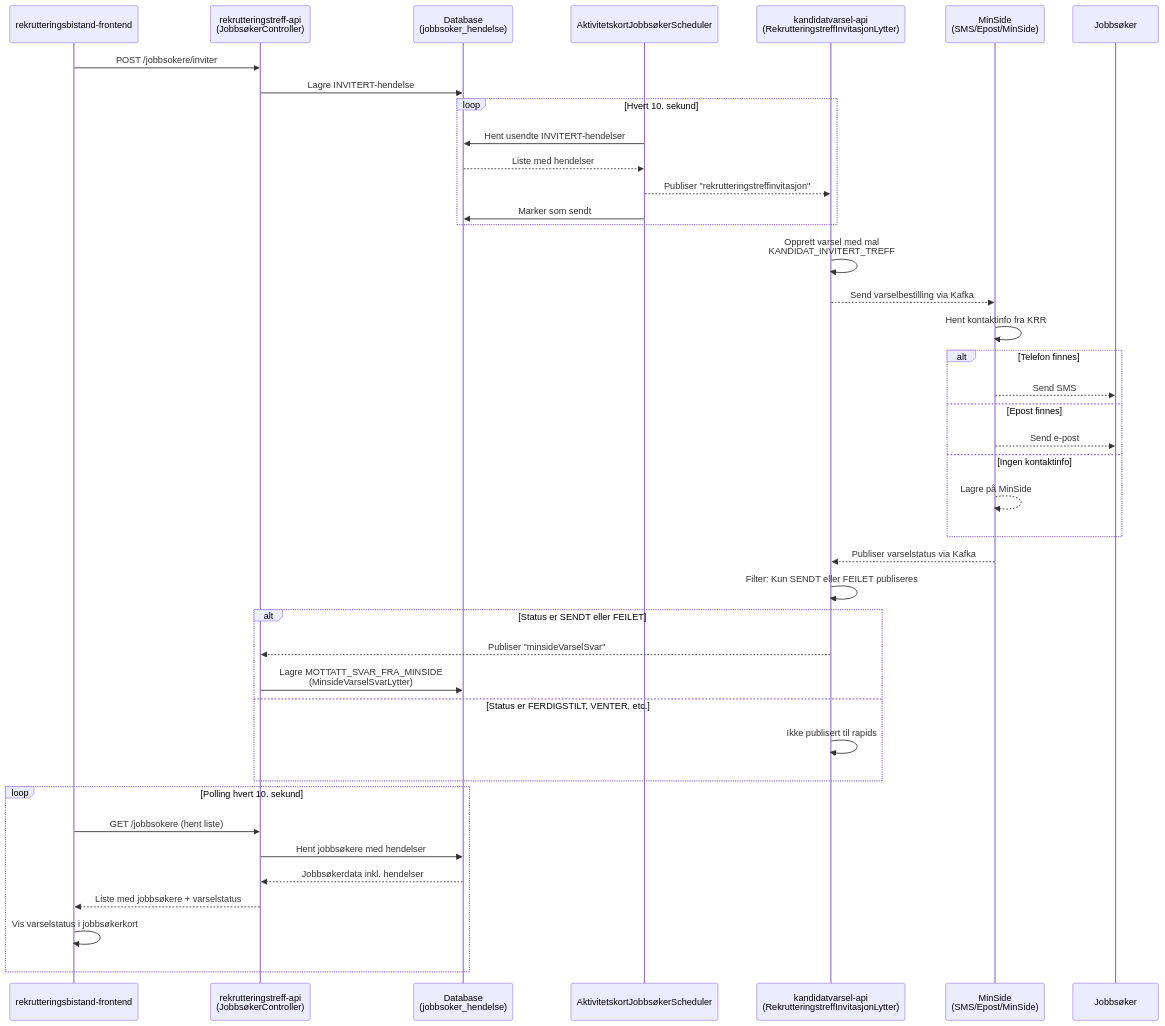
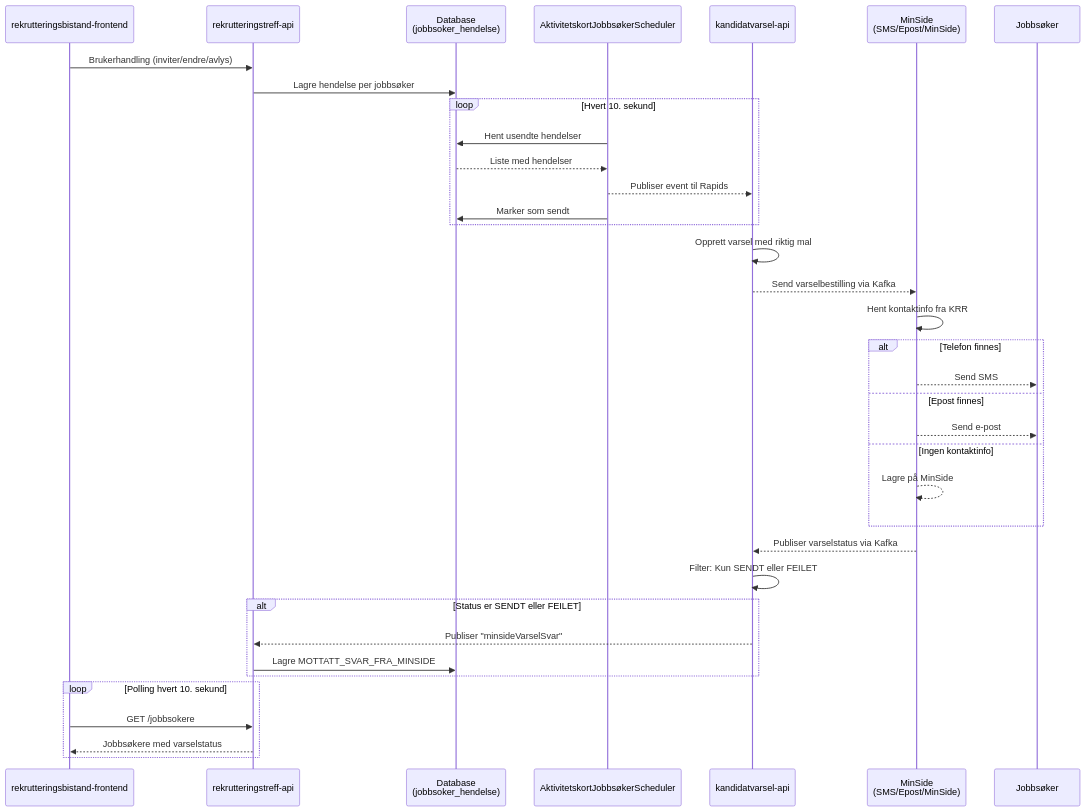
Before and after one commit to navikt/rekrutteringstreff-backend: the diagram in docs/4-integrasjoner/varsling.md, drawn with Mermaid. The commit also changed other lines of this file, not shown here.

````diff
--- a/docs/4-integrasjoner/varsling.md
+++ b/docs/4-integrasjoner/varsling.md
@@ -36,49 +19,44 @@
 ```mermaid
 sequenceDiagram
     participant FE as rekrutteringsbistand-frontend
-    participant API as rekrutteringstreff-api<br/>(JobbsøkerController)
+    participant API as rekrutteringstreff-api
     participant DB as Database<br/>(jobbsoker_hendelse)
     participant Scheduler as AktivitetskortJobbsøkerScheduler
-    participant KV as kandidatvarsel-api<br/>(RekrutteringstreffInvitasjonLytter)
+    participant KV as kandidatvarsel-api
     participant MS as MinSide<br/>(SMS/Epost/MinSide)
 
-    FE->>API: POST /jobbsokere/inviter
-    API->>DB: Lagre INVITERT-hendelse
+    FE->>API: Brukerhandling (inviter/endre/avlys)
+    API->>DB: Lagre hendelse per jobbsøker
 
     loop Hvert 10. sekund
-        Scheduler->>DB: Hent usendte INVITERT-hendelser
+        Scheduler->>DB: Hent usendte hendelser
         DB-->>Scheduler: Liste med hendelser
-        Scheduler-->>KV: Publiser "rekrutteringstreffinvitasjon"
+        Scheduler-->>KV: Publiser event til Rapids
         Scheduler->>DB: Marker som sendt
     end
 
-    KV->>KV: Opprett varsel med mal<br/>KANDIDAT_INVITERT_TREFF
+    KV->>KV: Opprett varsel med riktig mal
     KV-->>MS: Send varselbestilling via Kafka
 
     MS->>MS: Hent kontaktinfo fra KRR
     alt Telefon finnes
         MS-->>Jobbsøker: Send SMS
     else Epost finnes
         MS-->>Jobbsøker: Send e-post
     else Ingen kontaktinfo
         MS-->>MS: Lagre på MinSide
     end
 
     MS-->>KV: Publiser varselstatus via Kafka
-    KV->>KV: Filter: Kun SENDT eller FEILET publiseres
+    KV->>KV: Filter: Kun SENDT eller FEILET
 
     alt Status er SENDT eller FEILET
         KV-->>API: Publiser "minsideVarselSvar"
-        API->>DB: Lagre MOTTATT_SVAR_FRA_MINSIDE<br/>(MinsideVarselSvarLytter)
-    else Status er FERDIGSTILT, VENTER, etc.
-        KV->>KV: Ikke publisert til rapids
+        API->>DB: Lagre MOTTATT_SVAR_FRA_MINSIDE
     end
 
     loop Polling hvert 10. sekund
-        FE->>API: GET /jobbsokere (hent liste)
-        API->>DB: Hent jobbsøkere med hendelser
-        DB-->>API: Jobbsøkerdata inkl. hendelser
-        API-->>FE: Liste med jobbsøkere + varselstatus
-        FE->>FE: Vis varselstatus i jobbsøkerkort
+        FE->>API: GET /jobbsokere
+        API-->>FE: Jobbsøkere med varselstatus
     end
 ```
````
